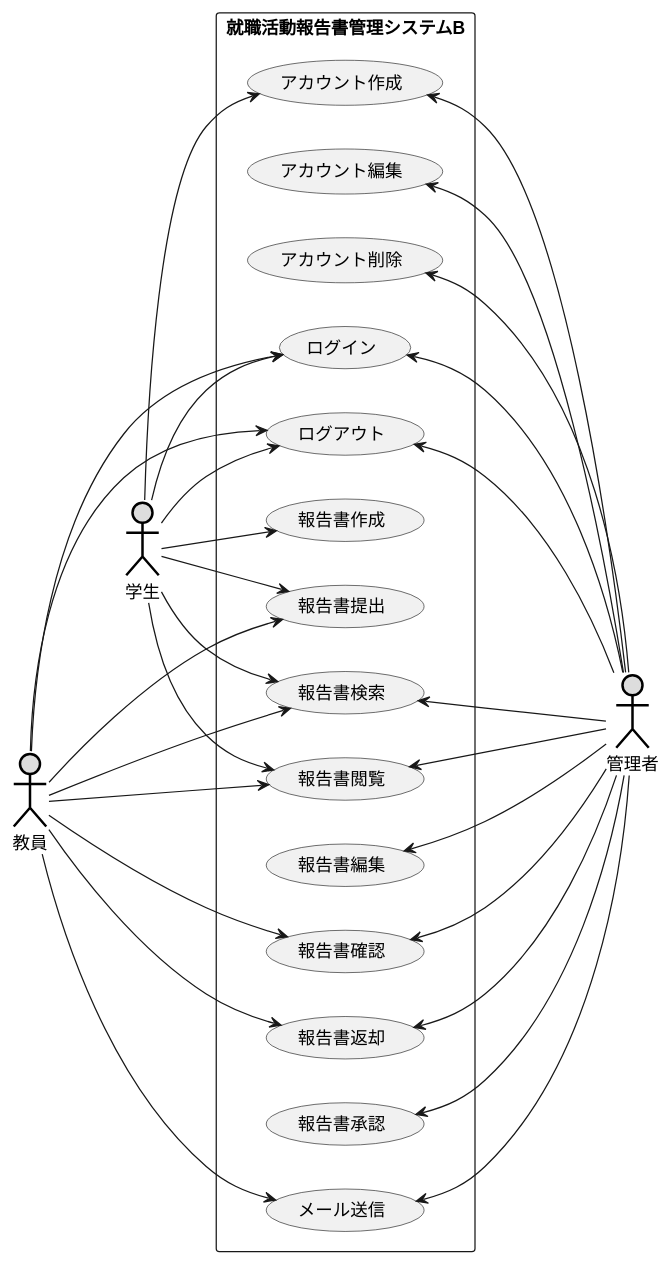
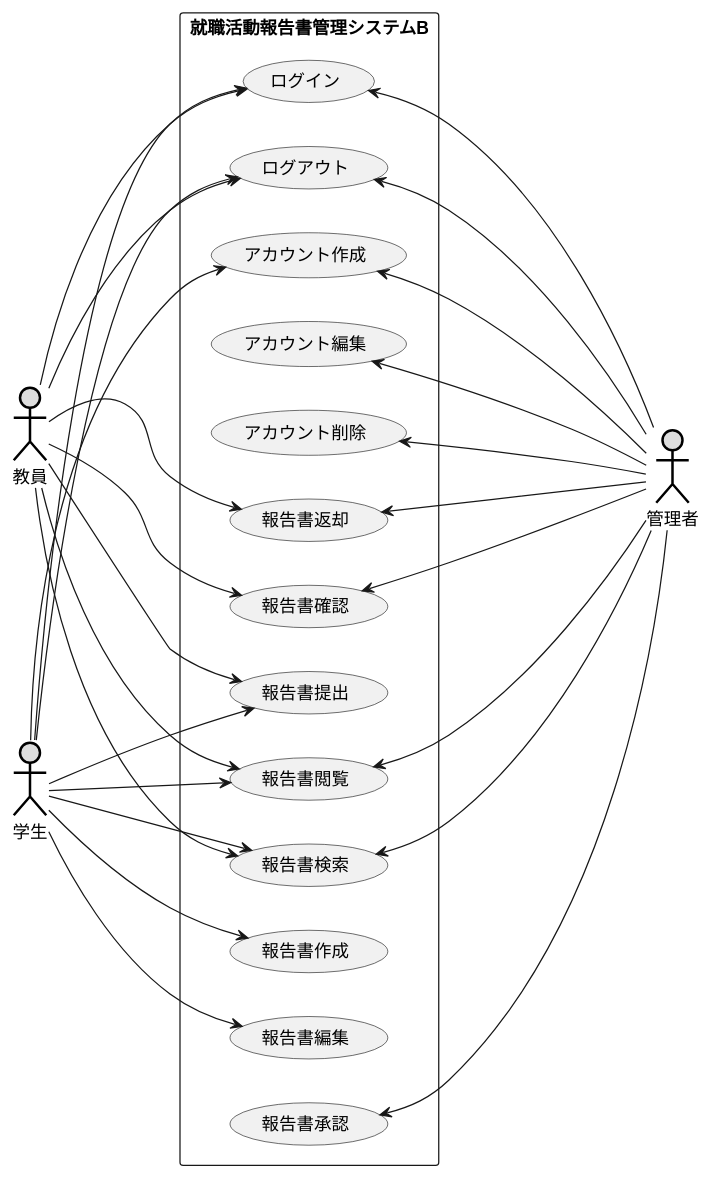
The diagram in 就職活動報告書管理システムB.pu (shinichiro2631/uml_intro), drawn with PlantUML before and after one commit. The commit also changed 2 other files, not shown here.

```diff
--- a/就職活動報告書管理システムB.pu
+++ b/就職活動報告書管理システムB.pu
@@ -1,49 +1,46 @@
 @startuml 就職活動報告書管理システムB
 left to right direction
 actor 学生 #DDDDDD;line:black;line.bold;
 actor 教員 #DDDDDD;line:black;line.bold;
 actor 管理者 #DDDDDD;line:black;line.bold;
 rectangle 就職活動報告書管理システムB {
     usecase アカウント作成
     usecase アカウント編集
     usecase アカウント削除
     usecase ログイン
     usecase ログアウト
     usecase 報告書作成
     usecase 報告書提出
     usecase 報告書検索
     usecase 報告書閲覧
     usecase 報告書編集
     usecase 報告書確認
     usecase 報告書返却
     usecase 報告書承認
-    usecase メール送信
 }
 学生 --> アカウント作成
 学生 --> ログイン
 学生 --> ログアウト
 学生 --> 報告書作成
-学生 --> 報告書提出
+学生 ---> 報告書提出
+学生 --> 報告書編集
 学生 --> 報告書検索
 学生 --> 報告書閲覧
-教員 ---> ログイン
-教員 ---> ログアウト
+教員 -> ログイン
+教員 -> ログアウト
 教員 ---> 報告書提出
 教員 ---> 報告書検索
 教員 ---> 報告書閲覧
 教員 ---> 報告書確認
 教員 ---> 報告書返却
-教員 ---> メール送信
 アカウント作成 <---- 管理者
 アカウント編集 <--- 管理者
 アカウント削除 <--- 管理者
 ログイン <-- 管理者
 ログアウト <-- 管理者
 報告書検索 <-- 管理者
 報告書閲覧 <-- 管理者
-報告書編集 <-- 管理者
 報告書確認 <-- 管理者
 報告書返却 <-- 管理者
 報告書承認 <-- 管理者
-メール送信 <-- 管理者
 @enduml
```
